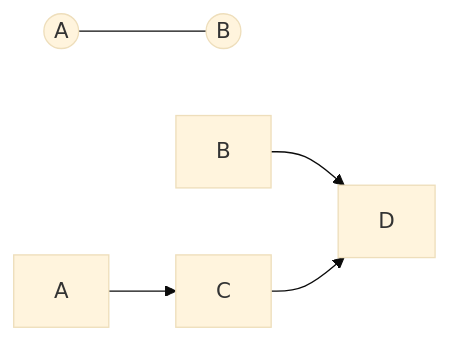
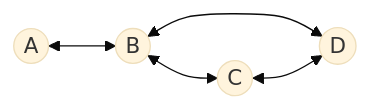
Before and after one commit to eduardo-ono/Estudos-Avancados-em-Matematica-e-suas-Tecnologias: the diagram in desenvolvimento-de-sistemas-mtec-pi/2024-3o-ano/conteudo/grafos/README.md, drawn with Mermaid (base theme). The commit also changed other lines of this file and 9 other files, not shown here.

````diff
--- a/desenvolvimento-de-sistemas-mtec-pi/2024-3o-ano/conteudo/grafos/README.md
+++ b/desenvolvimento-de-sistemas-mtec-pi/2024-3o-ano/conteudo/grafos/README.md
@@ -19,7 +19,7 @@
 ```mermaid
 graph LR;
-    id0((A)) --- id1((B));
-    A-->C;
-    B-->D;
-    C-->D;
+    A((A)) <--> B((B));
+    B<-->C((C));
+    B<-->D((D));
+    C<-->D;
 ```
````
